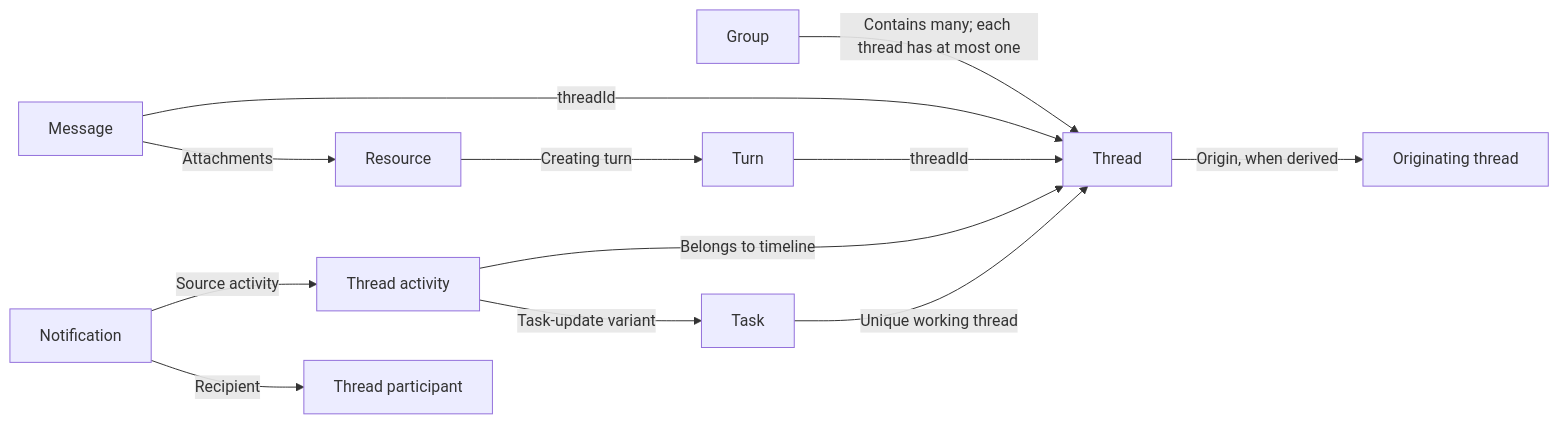
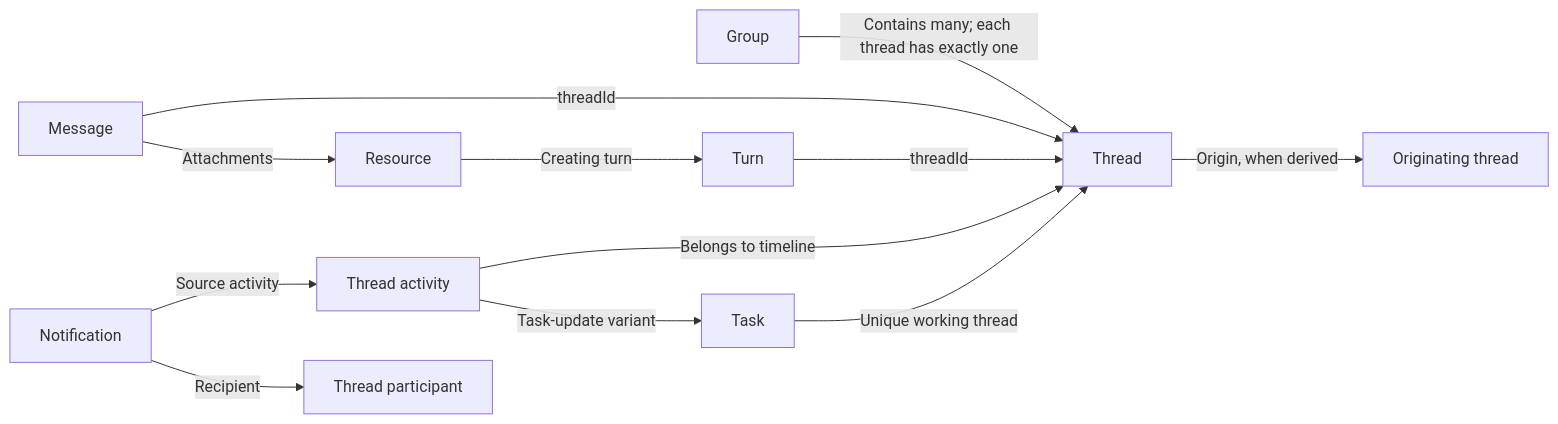
The second of 7 diagrams in docs/core-model.md (amends-dev/amends), drawn with Mermaid before and after one commit. The commit also changed other lines of this file and 4 other files, not shown here.

````diff
--- a/docs/core-model.md
+++ b/docs/core-model.md
@@ -151,14 +157,14 @@
 ```mermaid
 flowchart LR
-  GROUP["Group"] -->|Contains many; each thread has at most one| THREAD["Thread"]
+  GROUP["Group"] -->|Contains many; each thread has exactly one| THREAD["Thread"]
   TASK["Task"] -->|Unique working thread| THREAD
   MESSAGE["Message"] -->|threadId| THREAD
   TURN["Turn"] -->|threadId| THREAD
   RESOURCE["Resource"] -->|Creating turn| TURN
   MESSAGE -->|Attachments| RESOURCE
   THREAD -->|Origin, when derived| ORIGIN["Originating thread"]
   ACTIVITY["Thread activity"] -->|Belongs to timeline| THREAD
   ACTIVITY -->|Task-update variant| TASK
   NOTIFICATION["Notification"] -->|Source activity| ACTIVITY
   NOTIFICATION -->|Recipient| PARTICIPANT["Thread participant"]
 ```
````
